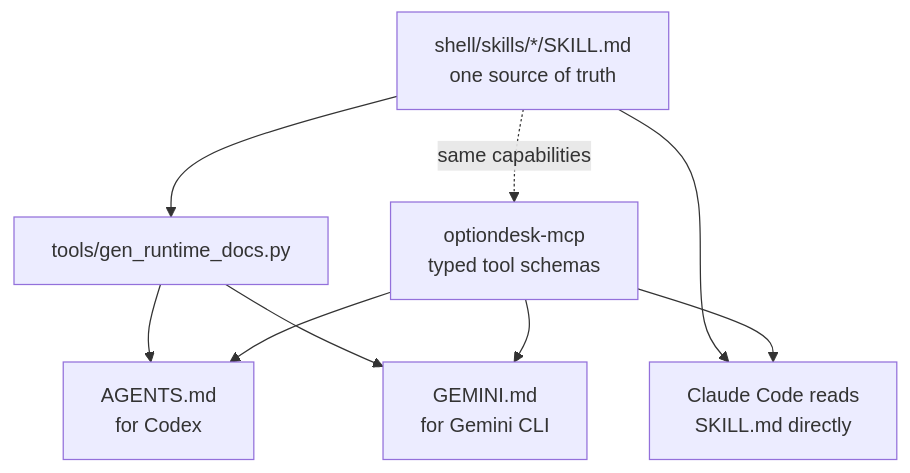
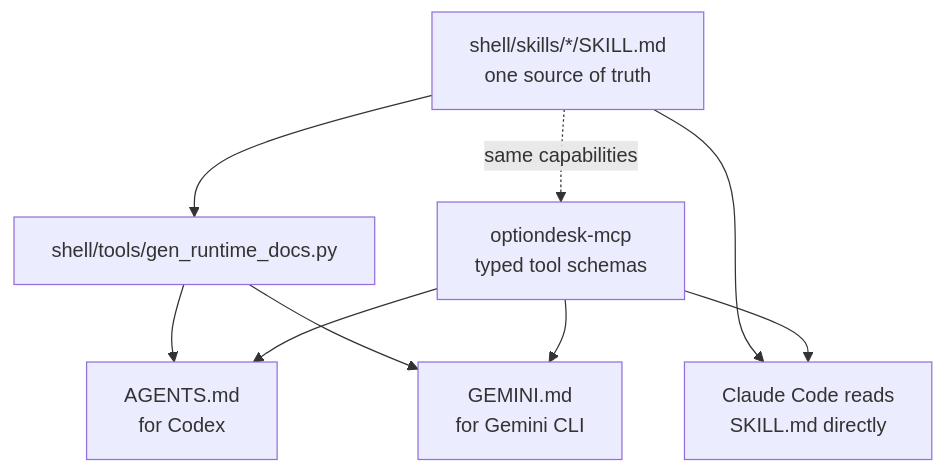
Before and after one commit to Iman/agent-driven-options-desk-and-skills: the fifth of 7 diagrams in README.md, drawn with Mermaid. The commit also changed other lines of this file and 10 other files, not shown here.

````diff
--- a/README.md
+++ b/README.md
@@ -267,18 +276,18 @@
 ```mermaid
 flowchart TB
     skill["shell/skills/*/SKILL.md<br/>one source of truth"]
-    gen["tools/gen_runtime_docs.py"]
+    gen["shell/tools/gen_runtime_docs.py"]
     agents["AGENTS.md<br/>for Codex"]
     gemini["GEMINI.md<br/>for Gemini CLI"]
     claude["Claude Code reads<br/>SKILL.md directly"]
     mcpserver["optiondesk-mcp<br/>typed tool schemas"]
 
     skill --> gen
     gen --> agents
     gen --> gemini
     skill --> claude
     skill -. "same capabilities" .-> mcpserver
     mcpserver --> claude
     mcpserver --> agents
     mcpserver --> gemini
 ```
````
